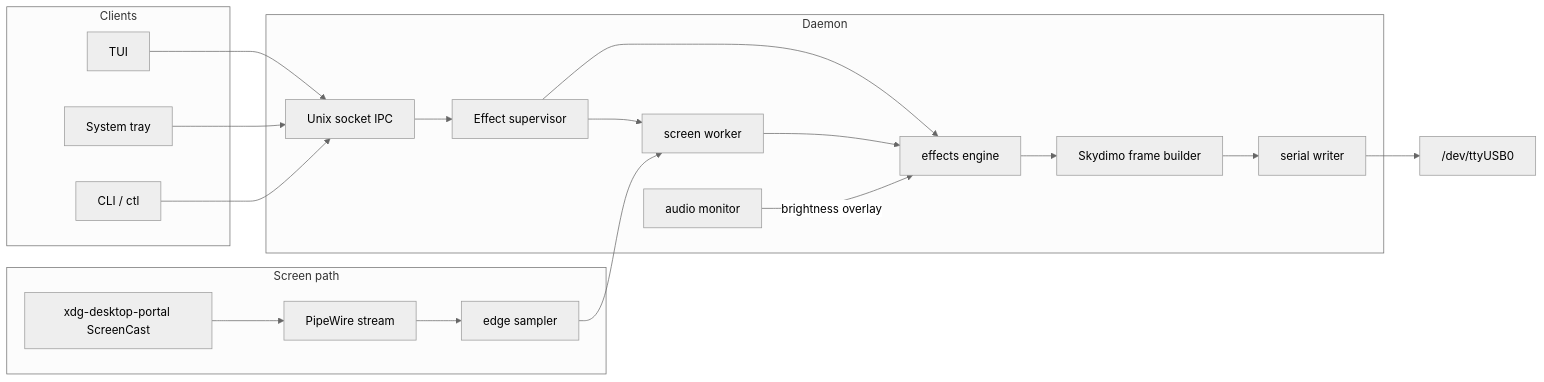
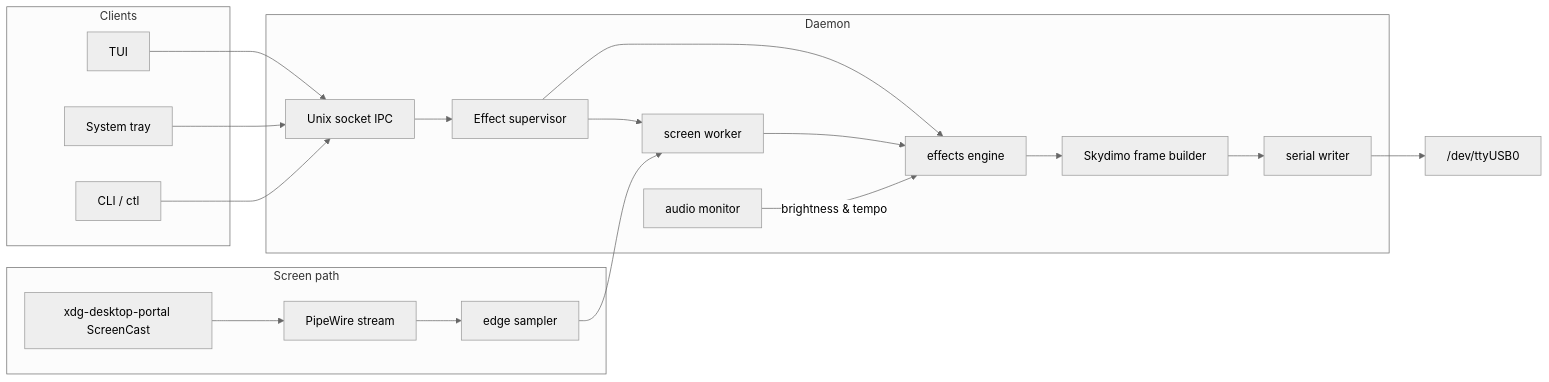
One commit to Ouzx/hyper-sync changed the diagram in README.md. Above: the diagram before and after it, drawn with Mermaid (neutral theme). The commit also changed other lines of this file and 2 other files, not shown here.

````diff
--- a/README.md
+++ b/README.md
@@ -22,32 +22,32 @@
 ```mermaid
 flowchart LR
   subgraph clients [Clients]
     TUI[TUI]
     TRAY[System tray]
     CLI[CLI / ctl]
   end
 
   subgraph daemon [Daemon]
     IPC[Unix socket IPC]
     SUP[Effect supervisor]
     FX[effects engine]
     AUD[audio monitor]
     CAP[screen worker]
     PROTO[Skydimo frame builder]
     SER[serial writer]
   end
 
   subgraph capture [Screen path]
     PORTAL[xdg-desktop-portal ScreenCast]
     PW[PipeWire stream]
     SAMP[edge sampler]
   end
 
   TUI --> IPC
   TRAY --> IPC
   CLI --> IPC
   IPC --> SUP --> FX --> PROTO --> SER --> USB["/dev/ttyUSB0"]
   SUP --> CAP
   PORTAL --> PW --> SAMP --> CAP --> FX
-  AUD -->|brightness overlay| FX
+  AUD -->|brightness & tempo| FX
 ```
````
